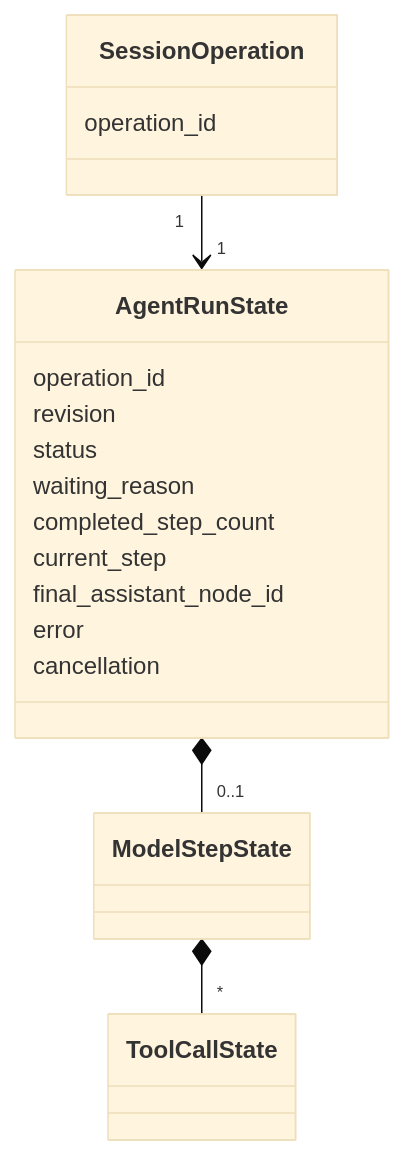
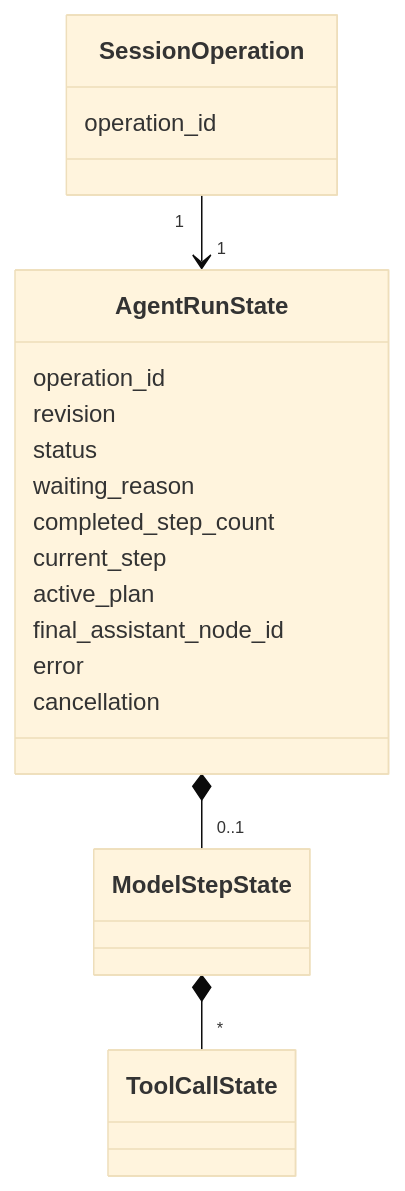
Before and after one commit to xiesunsun/MyOpenClaw: the ninth of 56 diagrams in docs/upgrade/2026-08-24-runtime-entity-decisions.md, drawn with Mermaid (base theme). The commit also changed other lines of this file and 51 other files, not shown here.

Commit message:
实现 ActivePlan 并精简 Full Trace

````diff
--- a/docs/upgrade/2026-08-24-runtime-entity-decisions.md
+++ b/docs/upgrade/2026-08-24-runtime-entity-decisions.md
@@ -637,25 +638,26 @@
 ```mermaid
 classDiagram
     class SessionOperation {
         operation_id
     }
 
     class AgentRunState {
         operation_id
         revision
         status
         waiting_reason
         completed_step_count
         current_step
+        active_plan
         final_assistant_node_id
         error
         cancellation
     }
 
     class ModelStepState
     class ToolCallState
 
     SessionOperation "1" --> "1" AgentRunState
     AgentRunState *-- "0..1" ModelStepState
     ModelStepState *-- "*" ToolCallState
 ```
````
